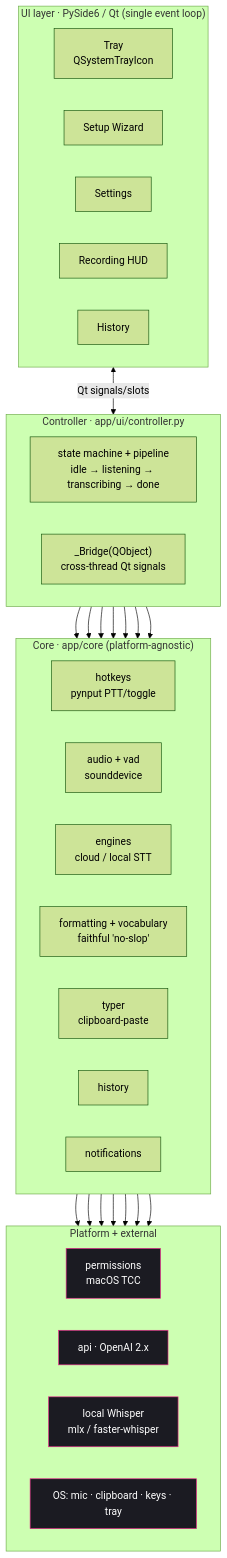
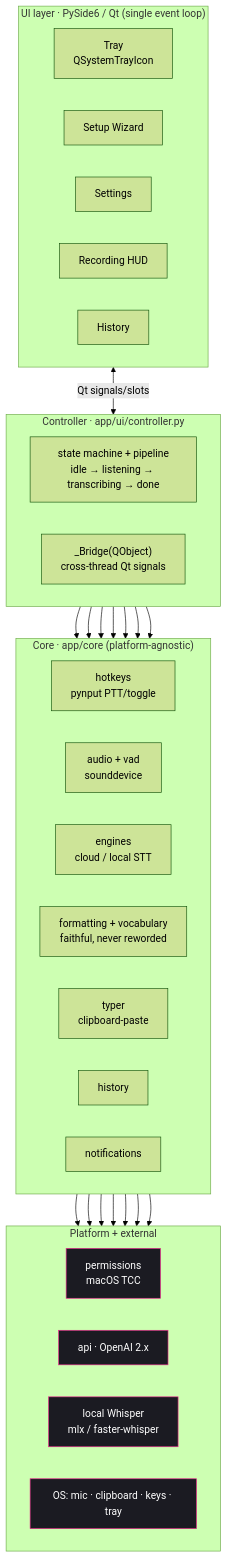
One commit to romiteld/yapper changed the first of 6 diagrams in docs/ARCHITECTURE.md. Above: the diagram before and after it, drawn with Mermaid (forest theme). The commit also changed other lines of this file and 11 other files, not shown here.

Commit message:
docs: reword 'AI slop' → 'faithful, never reworded' across README, architecture, and code comments

````diff
--- a/docs/ARCHITECTURE.md
+++ b/docs/ARCHITECTURE.md
@@ -16,48 +16,48 @@
 ```mermaid
 flowchart TB
     subgraph UI["UI layer · PySide6 / Qt (single event loop)"]
         direction LR
         tray["Tray<br/>QSystemTrayIcon"]
         wizard["Setup Wizard"]
         settings["Settings"]
         hud["Recording HUD"]
         history_ui["History"]
     end
 
     subgraph CTRL["Controller · app/ui/controller.py"]
         ctl["state machine + pipeline<br/>idle → listening → transcribing → done"]
         bridge["_Bridge(QObject)<br/>cross-thread Qt signals"]
     end
 
     subgraph CORE["Core · app/core (platform-agnostic)"]
         direction LR
         hotkeys["hotkeys<br/>pynput PTT/toggle"]
         audio["audio + vad<br/>sounddevice"]
         engines["engines<br/>cloud / local STT"]
-        fmt["formatting + vocabulary<br/>faithful 'no-slop'"]
+        fmt["formatting + vocabulary<br/>faithful, never reworded"]
         typer["typer<br/>clipboard-paste"]
         hist["history"]
         notif["notifications"]
     end
 
     subgraph PLAT["Platform + external"]
         direction LR
         perms["permissions<br/>macOS TCC"]
         api["api · OpenAI 2.x"]
         local["local Whisper<br/>mlx / faster-whisper"]
         os["OS: mic · clipboard · keys · tray"]
     end
 
     UI <-->|Qt signals/slots| CTRL
     CTRL --> hotkeys & audio & engines & fmt & typer & hist & notif
     hotkeys --> perms
     typer --> perms
     engines --> api
     engines --> local
     audio --> os
     typer --> os
     hotkeys --> os
 
     classDef ext fill:#1b1b22,stroke:#ec2a8e,color:#fff;
     class perms,api,local,os ext;
 ```
````
